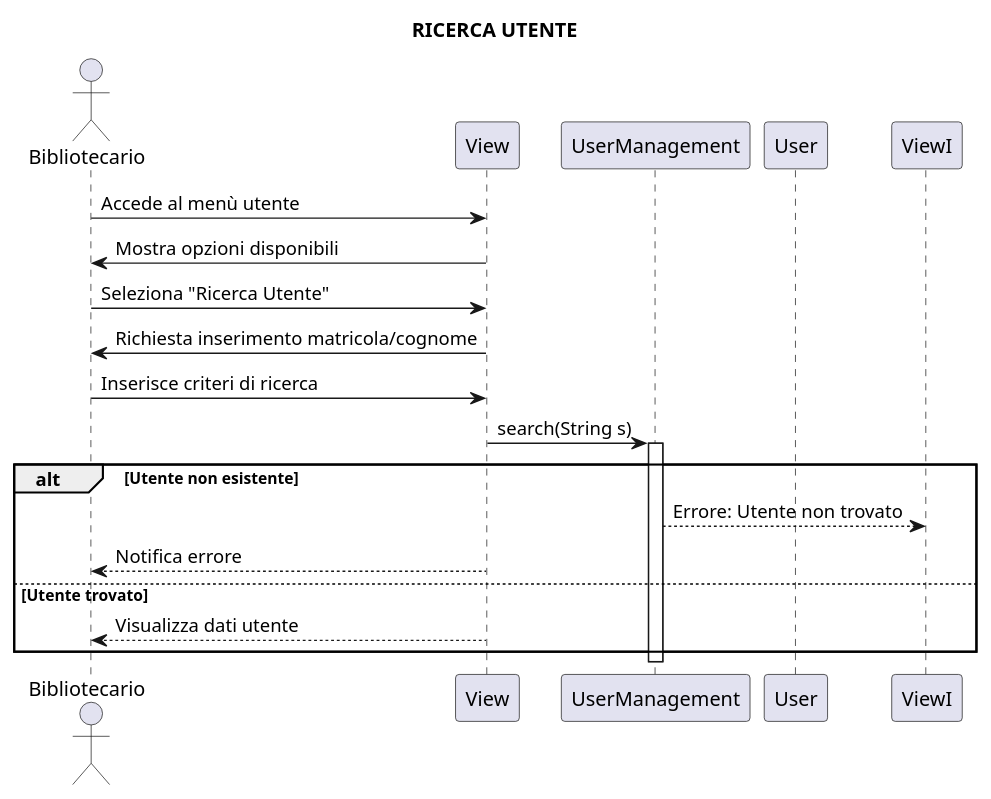
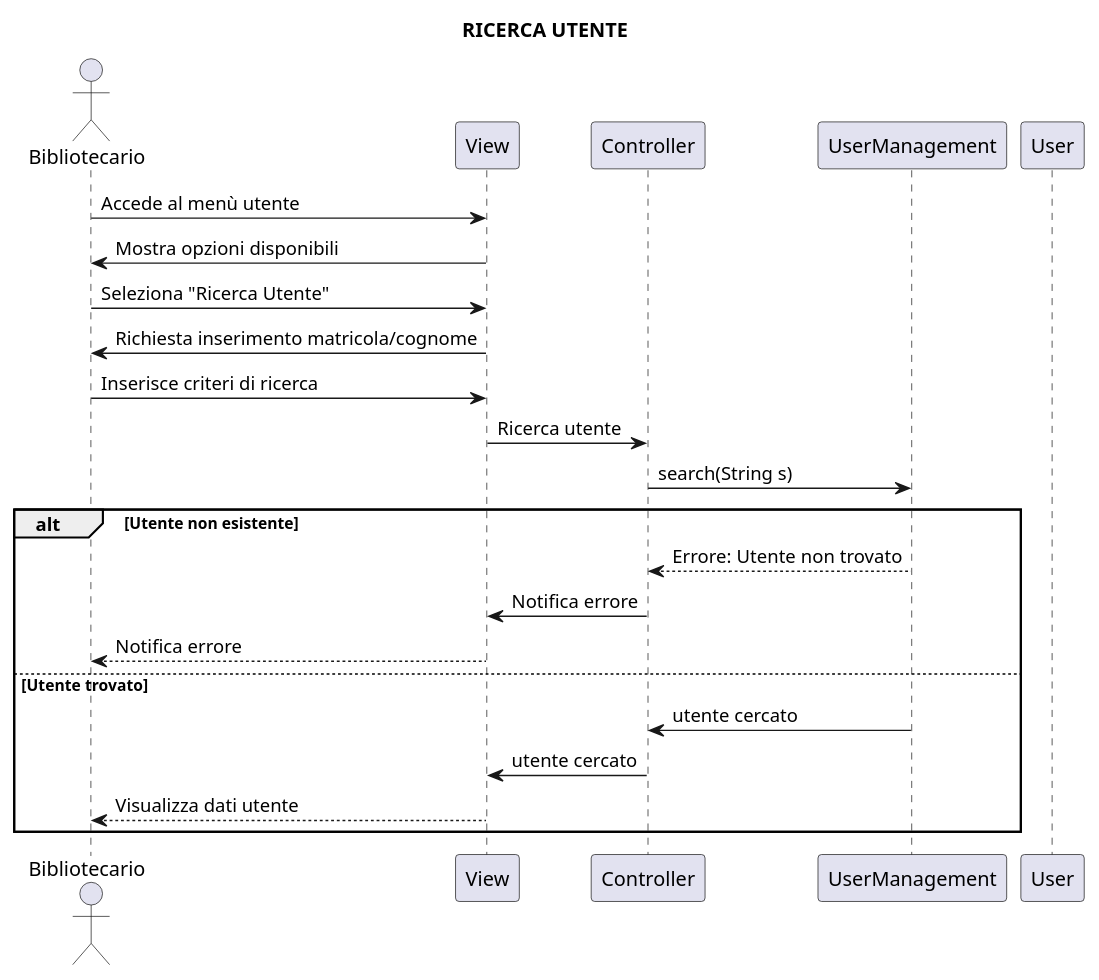
Before and after one commit to brunooliva7/Project-Ingegneria-del-Software14: the diagram in gruppo14BibliotecaUniversitaria/uml/RicercaUtente.puml, drawn with PlantUML. The commit also changed 18 other files, not shown here.

```diff
--- a/gruppo14BibliotecaUniversitaria/uml/RicercaUtente.puml
+++ b/gruppo14BibliotecaUniversitaria/uml/RicercaUtente.puml
@@ -1,27 +1,27 @@
 @startuml
 title RICERCA UTENTE
 
 actor Bibliotecario
 participant View
+participant Controller 
 participant UserManagement
 participant User
  
 Bibliotecario -> View: Accede al menù utente
-View -> Bibliotecario: Mostra opzioni disponibili
- 
+View –> Bibliotecario: Mostra opzioni disponibili
 Bibliotecario -> View: Seleziona "Ricerca Utente"
- 
-View -> Bibliotecario: Richiesta inserimento matricola/cognome
+View –> Bibliotecario: Richiesta inserimento matricola/cognome
 Bibliotecario -> View: Inserisce criteri di ricerca
  
-View -> UserManagement:  search(String s)
-activate UserManagement
- 
+View -> Controller: Ricerca utente
+Controller -> UserManagement:  search(String s)
 alt Utente non esistente
-	UserManagement --> ViewI: Errore: Utente non trovato
-	View--> Bibliotecario: Notifica errore
+	UserManagement --> Controller: Errore: Utente non trovato
+                Controller ->View: Notifica errore
+	View --> Bibliotecario: Notifica errore
 else Utente trovato
+ 	UserManagement->Controller:utente cercato
+                  Controller ->View: utente cercato
  	View--> Bibliotecario: Visualizza dati utente
 end
-deactivate UserManagement
 @enduml
```
